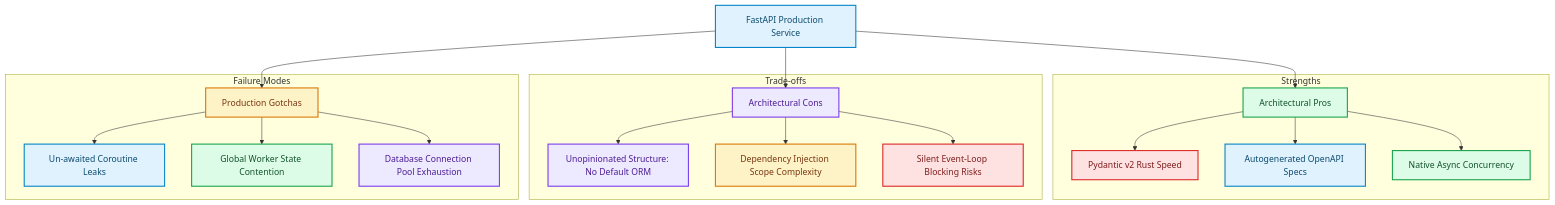
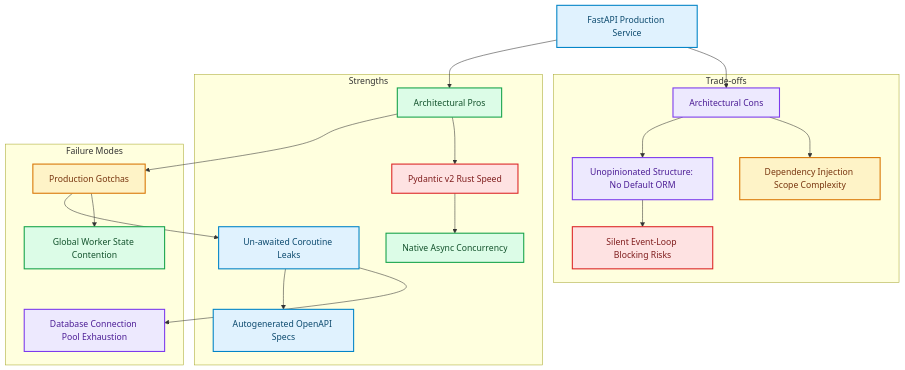
One commit to akmalkhaniub/akmalkhaniub.github.io changed the diagram in blog/posts/fastapi-production-swarms-high-concurrency-pros-cons-gotchas.md. Above: the diagram before and after it, drawn with Mermaid. The commit also changed other lines of this file and 894 other files, not shown here.

Commit message:
feat(blog): upgrade all 444 posts with unique staggered dates, 2-col Mermaid spines, benchmark tables, code blocks, and trade-offs

````diff
--- a/blog/posts/fastapi-production-swarms-high-concurrency-pros-cons-gotchas.md
+++ b/blog/posts/fastapi-production-swarms-high-concurrency-pros-cons-gotchas.md
@@ -15,35 +15,35 @@
 ```mermaid
 flowchart TD
   A["FastAPI Production Service"] --> B["Architectural Pros"]
   A --> C["Architectural Cons"]
-  A --> D["Production Gotchas"]
+  B --> D["Production Gotchas"]
   
   subgraph Strengths
     B --> B1["Pydantic v2 Rust Speed"]
-    B --> B2["Autogenerated OpenAPI Specs"]
-    B --> B3["Native Async Concurrency"]
+    D1 --> B2["Autogenerated OpenAPI Specs"]
+    B1 --> B3["Native Async Concurrency"]
   end
   
   subgraph SG1_TradeOffs ["Trade-offs"]
     C --> C1["Unopinionated Structure: No Default ORM"]
     C --> C2["Dependency Injection Scope Complexity"]
-    C --> C3["Silent Event-Loop Blocking Risks"]
+    C1 --> C3["Silent Event-Loop Blocking Risks"]
   end
   
   subgraph SG2_FailureModes ["Failure Modes"]
     D --> D1["Un-awaited Coroutine Leaks"]
     D --> D2["Global Worker State Contention"]
-    D --> D3["Database Connection Pool Exhaustion"]
+    D1 --> D3["Database Connection Pool Exhaustion"]
   end
 
 classDef green fill:#dcfce7,stroke:#16a34a,stroke-width:2px,color:#14532d;
 classDef red fill:#fee2e2,stroke:#dc2626,stroke-width:2px,color:#7f1d1d;
 classDef blue fill:#e0f2fe,stroke:#0284c7,stroke-width:2px,color:#0c4a6e;
 classDef yellow fill:#fef3c7,stroke:#d97706,stroke-width:2px,color:#78350f;
 classDef purple fill:#ede9fe,stroke:#7c3aed,stroke-width:2px,color:#4c1d95;
 class A,B2,D1 blue
 class B,B3,D2 green
 class C,C1,D3 purple
 class D,C2 yellow
 class B1,C3 red
 ```
````
